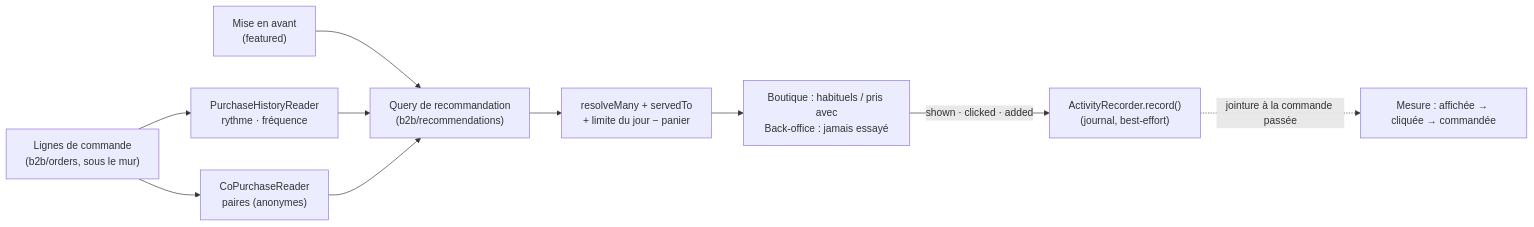
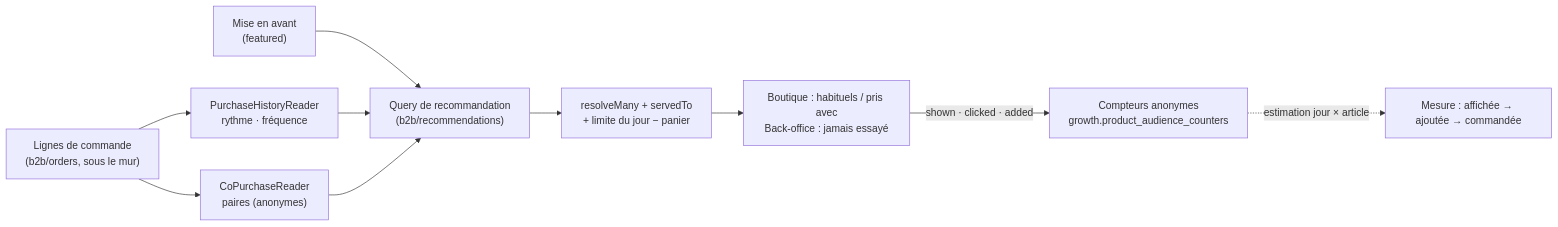
Before and after one commit to hugoheynard/lfd: the diagram in documentation/recommandation-produit/plan-recommandation-de-produits.md, drawn with Mermaid. The commit also changed other lines of this file and 7 other files, not shown here.

````diff
--- a/documentation/recommandation-produit/plan-recommandation-de-produits.md
+++ b/documentation/recommandation-produit/plan-recommandation-de-produits.md
@@ -256,12 +222,12 @@
 ```mermaid
 flowchart LR
     OL["Lignes de commande<br/>(b2b/orders, sous le mur)"] --> H["PurchaseHistoryReader<br/>rythme · fréquence"]
     OL --> C["CoPurchaseReader<br/>paires (anonymes)"]
     F["Mise en avant<br/>(featured)"] --> Q
     H --> Q["Query de recommandation<br/>(b2b/recommendations)"]
     C --> Q
     Q --> S["resolveMany + servedTo<br/>+ limite du jour − panier"]
     S --> UI["Boutique : habituels / pris avec<br/>Back-office : jamais essayé"]
-    UI -->|"shown · clicked · added"| J["ActivityRecorder.record()<br/>(journal, best-effort)"]
-    J -.->|"jointure à la commande passée"| M["Mesure : affichée → cliquée → commandée"]
+    UI -->|"shown · clicked · added"| J["Compteurs anonymes<br/>growth.product_audience_counters"]
+    J -.->|"estimation jour × article"| M["Mesure : affichée → ajoutée → commandée"]
 ```
````
